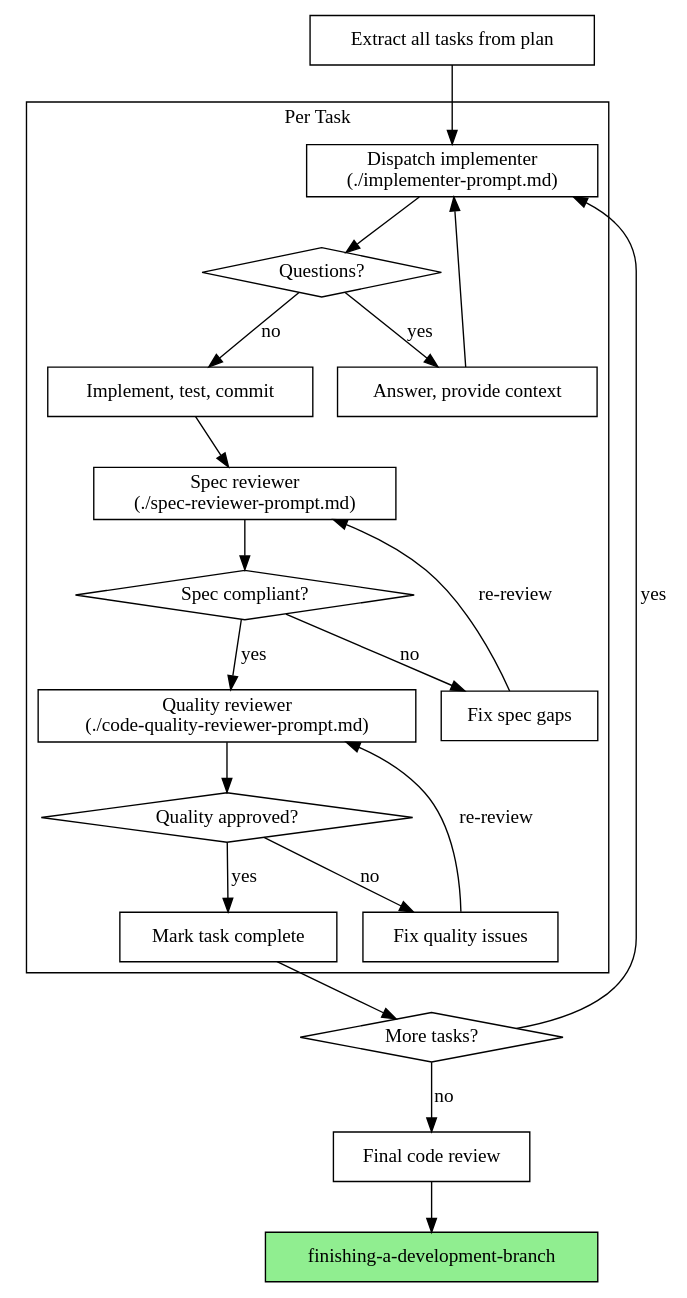
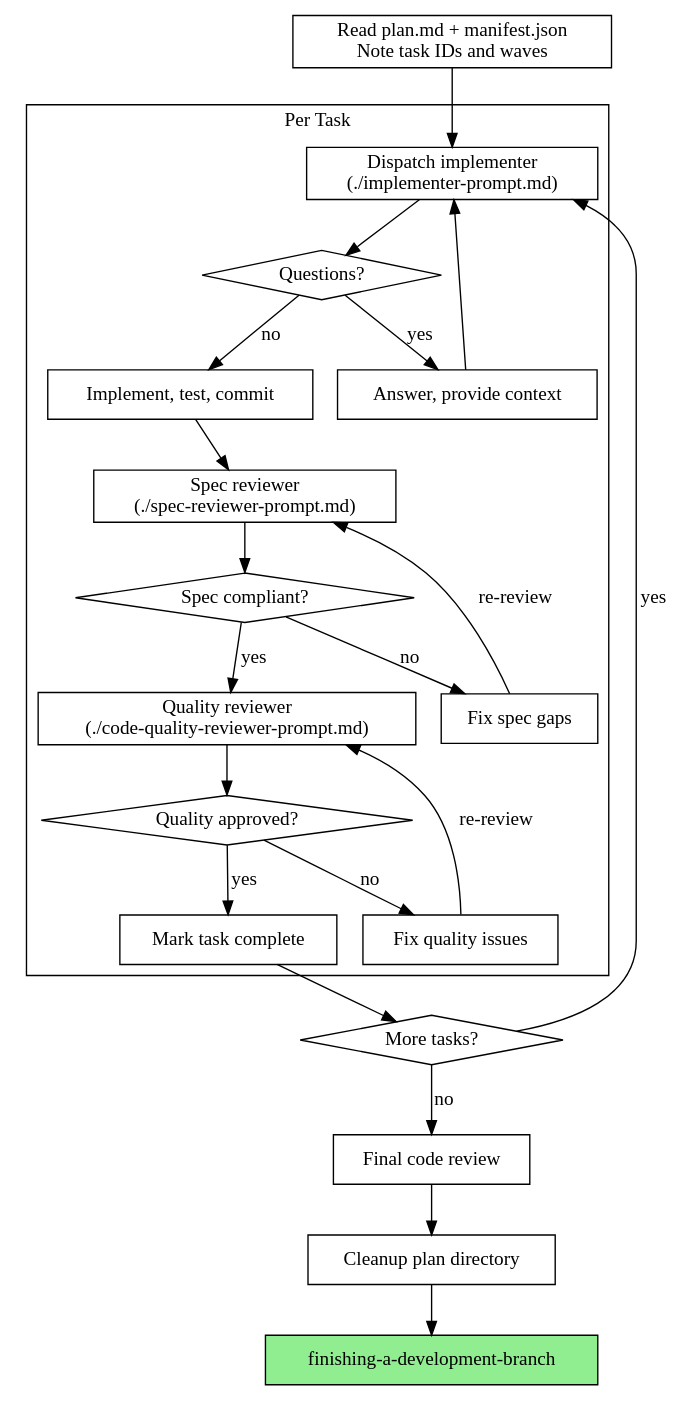
One commit to HJewkes/dotfiles changed the second of 2 diagrams in private_dot_agents/skills/subagent-driven-development/SKILL.md. Above: the diagram before and after it, drawn with Graphviz. The commit also changed other lines of this file and 8 other files, not shown here.

First line of the commit message:
Add context-efficient plan directory system

````diff
--- a/private_dot_agents/skills/subagent-driven-development/SKILL.md
+++ b/private_dot_agents/skills/subagent-driven-development/SKILL.md
@@ -34,42 +34,44 @@
 ```dot
 digraph process {
     rankdir=TB;
     subgraph cluster_per_task {
         label="Per Task";
         impl [label="Dispatch implementer\n(./implementer-prompt.md)" shape=box];
         questions [label="Questions?" shape=diamond];
         answer [label="Answer, provide context" shape=box];
         work [label="Implement, test, commit" shape=box];
         spec [label="Spec reviewer\n(./spec-reviewer-prompt.md)" shape=box];
         spec_ok [label="Spec compliant?" shape=diamond];
         spec_fix [label="Fix spec gaps" shape=box];
         quality [label="Quality reviewer\n(./code-quality-reviewer-prompt.md)" shape=box];
         qual_ok [label="Quality approved?" shape=diamond];
         qual_fix [label="Fix quality issues" shape=box];
         done [label="Mark task complete" shape=box];
     }
-    start [label="Extract all tasks from plan" shape=box];
+    start [label="Read plan.md + manifest.json\nNote task IDs and waves" shape=box];
     more [label="More tasks?" shape=diamond];
     final [label="Final code review" shape=box];
+    cleanup [label="Cleanup plan directory" shape=box];
     finish [label="finishing-a-development-branch" shape=box style=filled fillcolor=lightgreen];
 
     start -> impl;
     impl -> questions;
     questions -> answer [label="yes"];
     answer -> impl;
     questions -> work [label="no"];
     work -> spec;
     spec -> spec_ok;
     spec_ok -> spec_fix [label="no"];
     spec_fix -> spec [label="re-review"];
     spec_ok -> quality [label="yes"];
     quality -> qual_ok;
     qual_ok -> qual_fix [label="no"];
     qual_fix -> quality [label="re-review"];
     qual_ok -> done [label="yes"];
     done -> more;
     more -> impl [label="yes"];
     more -> final [label="no"];
-    final -> finish;
+    final -> cleanup;
+    cleanup -> finish;
 }
 ```
````
